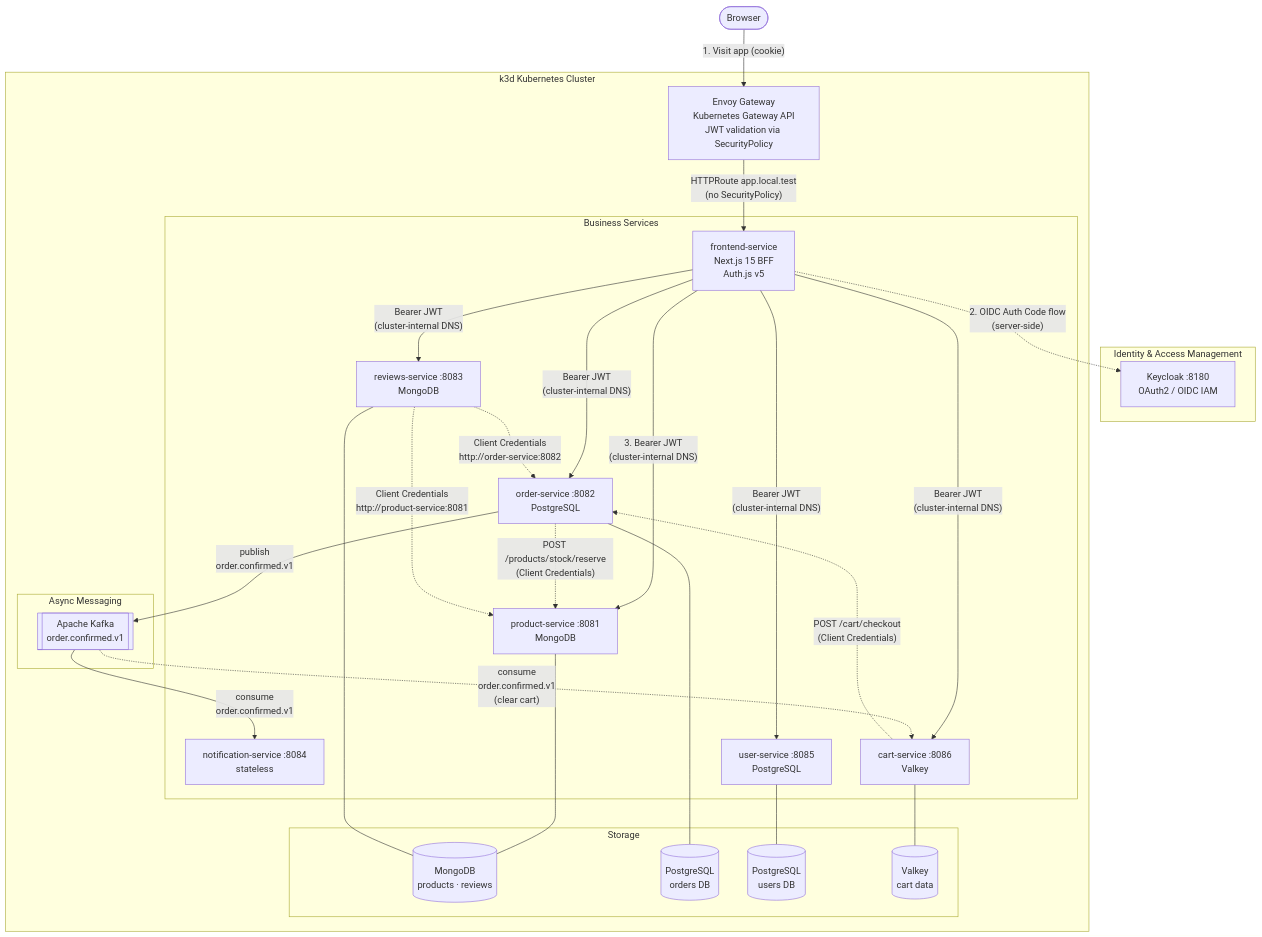
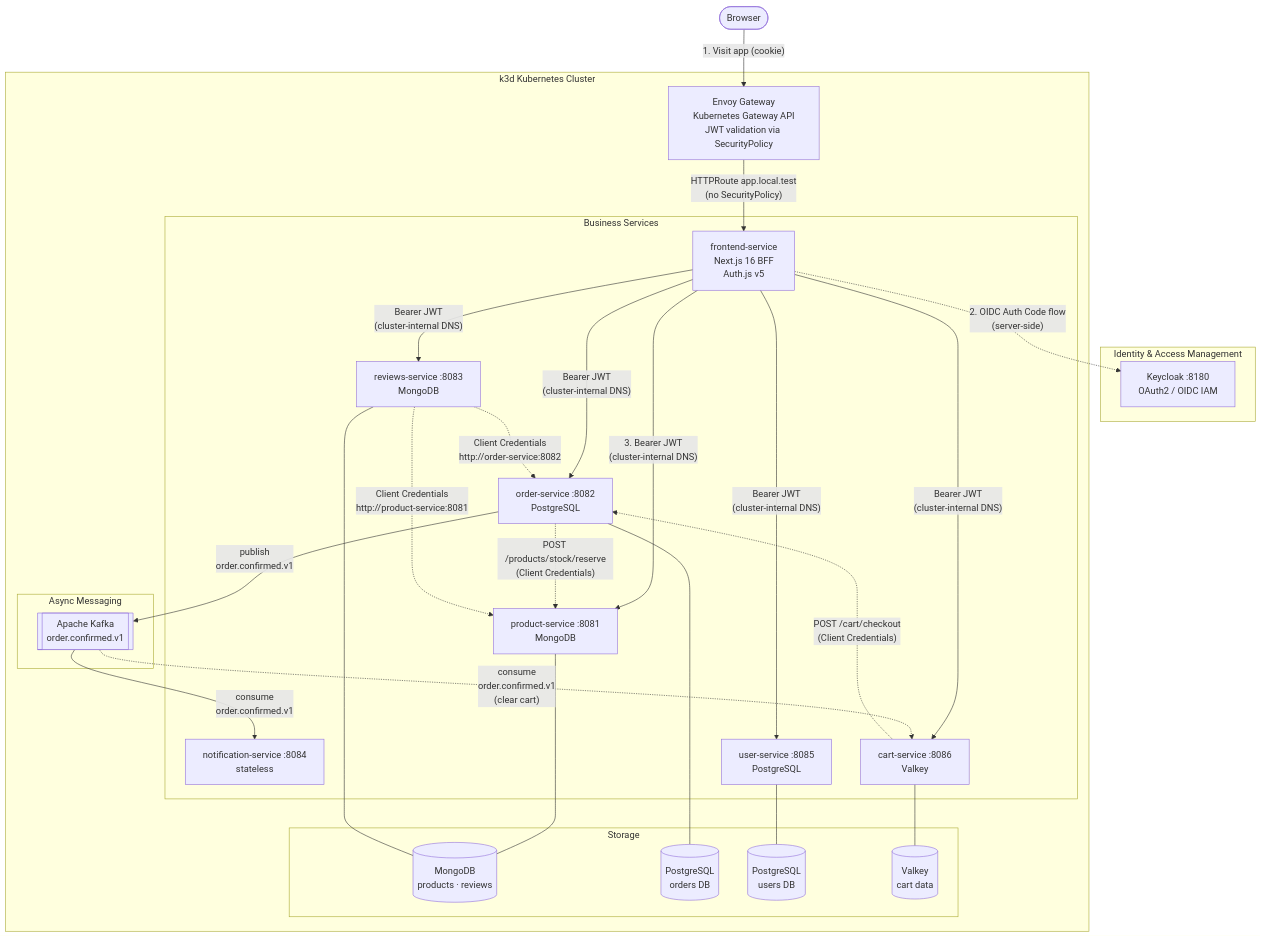
Before and after one commit to ricsanfre/spring-microservices-otel-k8s: the first of 6 diagrams in ARCHITECTURE.md, drawn with Mermaid. The commit also changed other lines of this file and 2 other files, not shown here.

````diff
--- a/ARCHITECTURE.md
+++ b/ARCHITECTURE.md
@@ -24,57 +24,57 @@
 ```mermaid
 flowchart TD
     Client(["Browser"])
 
     subgraph IAM["Identity & Access Management"]
         KC["Keycloak :8180\nOAuth2 / OIDC IAM"]
     end
 
     subgraph K3D["k3d Kubernetes Cluster"]
         EG["Envoy Gateway\nKubernetes Gateway API\nJWT validation via SecurityPolicy"]
 
         subgraph SERVICES["Business Services"]
-            FE["frontend-service\nNext.js 15 BFF\nAuth.js v5"]
+            FE["frontend-service\nNext.js 16 BFF\nAuth.js v5"]
             PS["product-service :8081\nMongoDB"]
             OS["order-service :8082\nPostgreSQL"]
             RS["reviews-service :8083\nMongoDB"]
             NS["notification-service :8084\nstateless"]
             US["user-service :8085\nPostgreSQL"]
             CS["cart-service :8086\nValkey"]
         end
 
         subgraph MESSAGING["Async Messaging"]
             KAFKA[["Apache Kafka\norder.confirmed.v1"]]
         end
 
         subgraph STORAGE["Storage"]
             MDB[("MongoDB\nproducts · reviews")]
             PG_O[("PostgreSQL\norders DB")]
             PG_U[("PostgreSQL\nusers DB")]
             VK[("Valkey\ncart data")]
         end
     end
 
     Client -- "1. Visit app (cookie)" --> EG
     EG -- "HTTPRoute app.local.test\n(no SecurityPolicy)" --> FE
     FE -. "2. OIDC Auth Code flow\n(server-side)" .-> KC
     FE -- "3. Bearer JWT\n(cluster-internal DNS)" --> PS
     FE -- "Bearer JWT\n(cluster-internal DNS)" --> OS
     FE -- "Bearer JWT\n(cluster-internal DNS)" --> RS
     FE -- "Bearer JWT\n(cluster-internal DNS)" --> US
     FE -- "Bearer JWT\n(cluster-internal DNS)" --> CS
 
     CS -. "POST /cart/checkout\n(Client Credentials)" .-> OS
     OS -. "POST /products/stock/reserve\n(Client Credentials)" .-> PS
     OS -- "publish\norder.confirmed.v1" --> KAFKA
     KAFKA -- "consume\norder.confirmed.v1" --> NS
     KAFKA -. "consume\norder.confirmed.v1\n(clear cart)" .-> CS
 
     RS -. "Client Credentials\nhttp://order-service:8082" .-> OS
     RS -. "Client Credentials\nhttp://product-service:8081" .-> PS
 
     PS --- MDB
     RS --- MDB
     OS --- PG_O
     US --- PG_U
     CS --- VK
 ```
````
